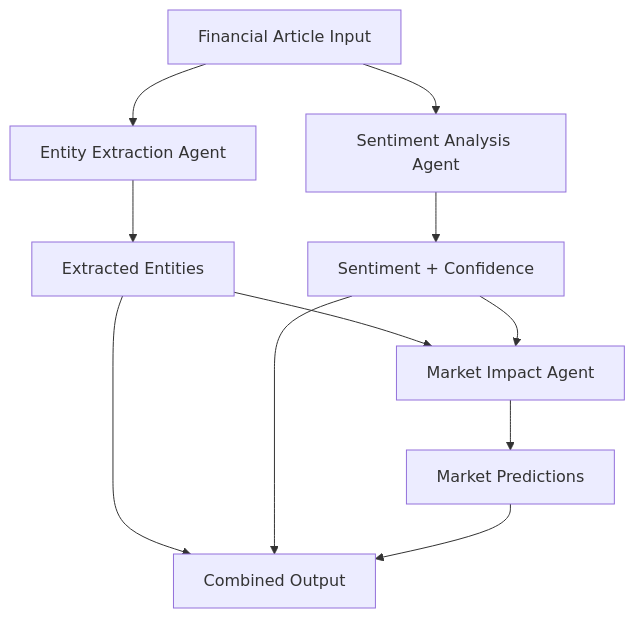
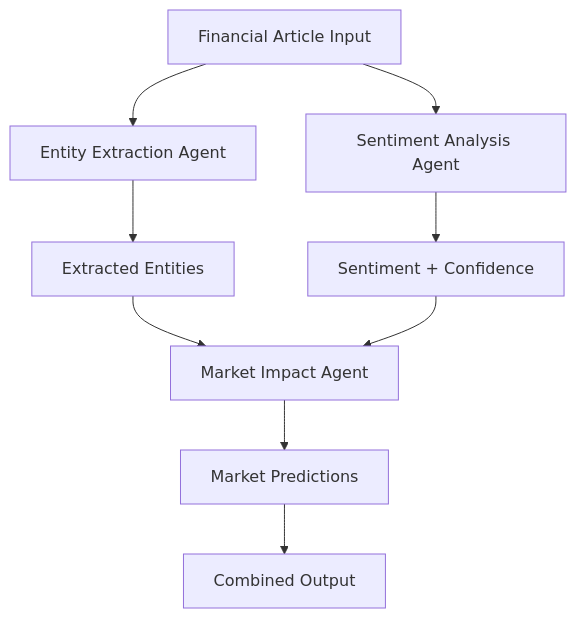
The diagram in docs/system_architecture.md (kevin-291/multi-agent-financial-news-analyzer), drawn with Mermaid before and after one commit.

Commit message:
Updated system architecture

````diff
--- a/docs/system_architecture.md
+++ b/docs/system_architecture.md
@@ -35,13 +35,11 @@
 ```mermaid
 graph TD
     A[Financial Article Input] --> B[Entity Extraction Agent]
     A --> C[Sentiment Analysis Agent]
     B --> D[Extracted Entities]
     C --> E[Sentiment + Confidence]
     D --> F[Market Impact Agent]
     E --> F
     F --> G[Market Predictions]
-    D --> H[Combined Output]
-    E --> H
-    G --> H
+    G --> H[Combined Output]
 ```
````
